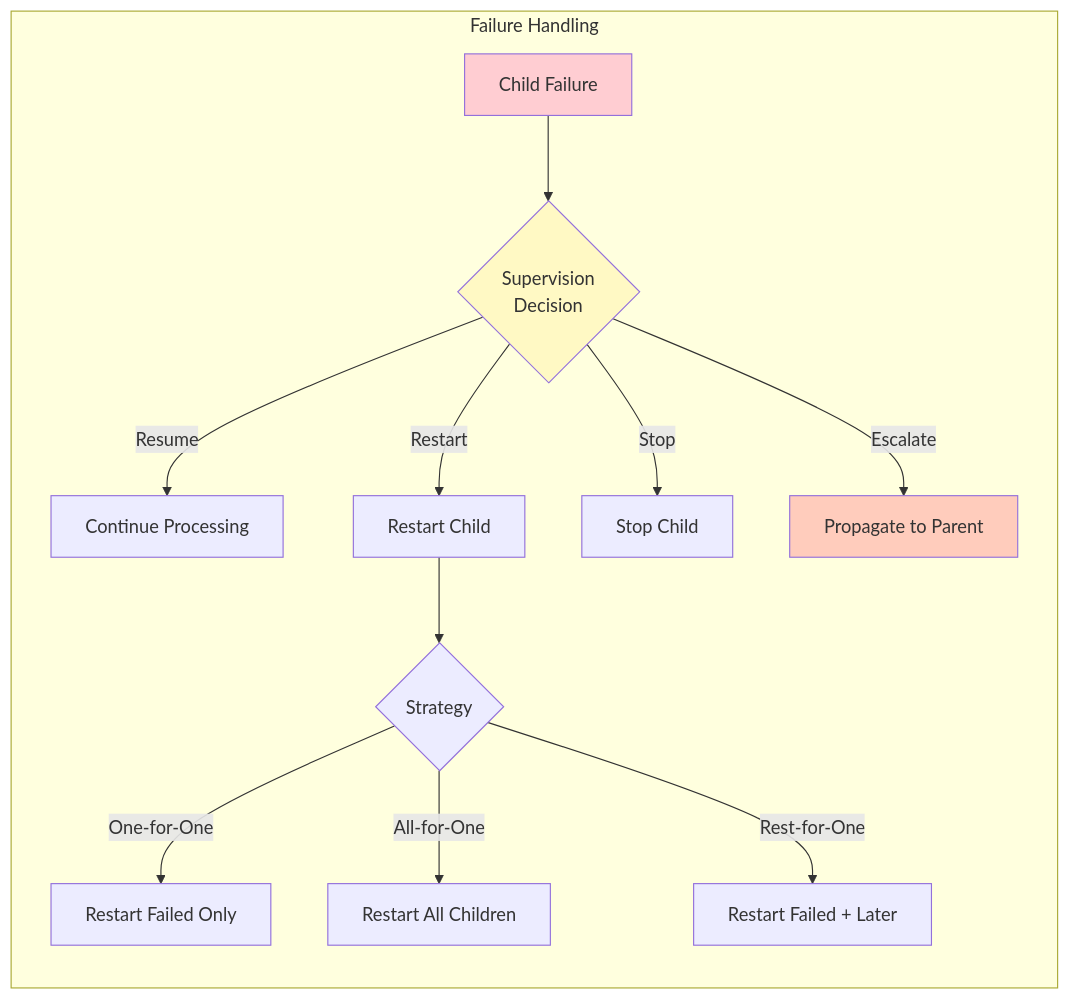
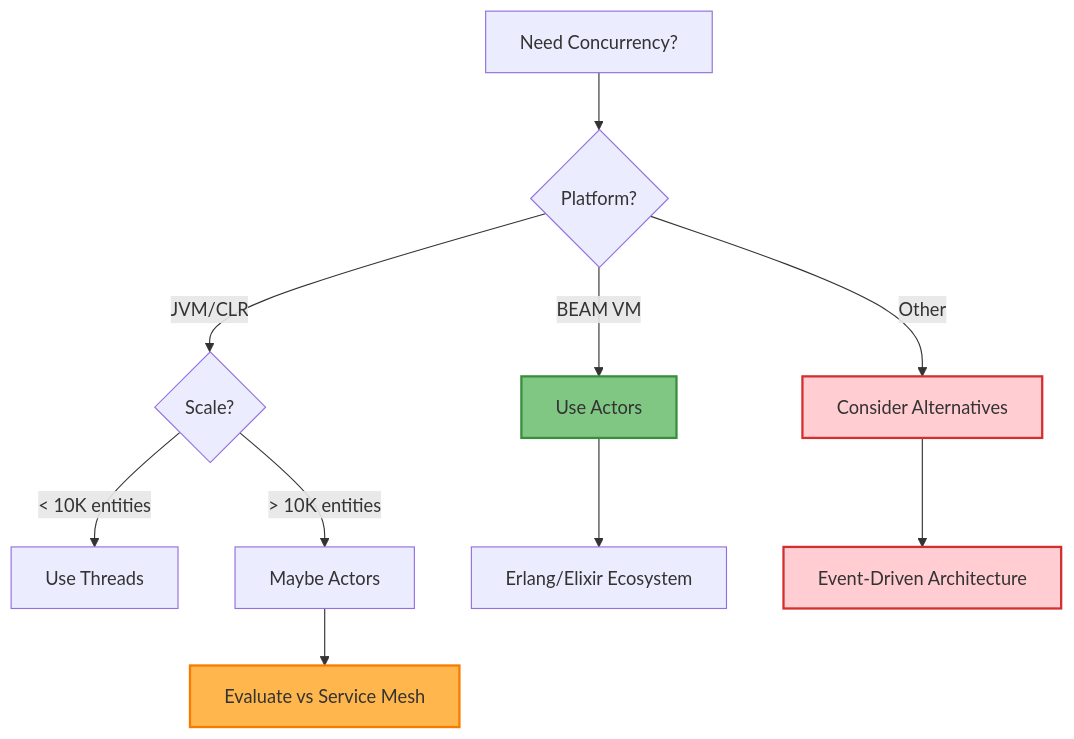
The sixth of 6 diagrams in docs/pattern-library/coordination/actor-model.md (deepaucksharma/DStudio), drawn with Mermaid before and after one commit. The commit also changed other lines of this file and 11 other files, not shown here.

````diff
--- a/docs/pattern-library/coordination/actor-model.md
+++ b/docs/pattern-library/coordination/actor-model.md
@@ -145,19 +350,22 @@
 ```mermaid
-graph LR
-    subgraph "Failure Handling"
-        F[Child Failure] --> D{Supervision<br/>Decision}
-        D -->|Resume| R[Continue Processing]
-        D -->|Restart| RS[Restart Child]
-        D -->|Stop| S[Stop Child]
-        D -->|Escalate| E[Propagate to Parent]
-        
-        RS --> ST{Strategy}
-        ST -->|One-for-One| O1[Restart Failed Only]
-        ST -->|All-for-One| A1[Restart All Children]
-        ST -->|Rest-for-One| R1[Restart Failed + Later]
-    end
+graph TD
+    A[Need Concurrency?] --> B{Platform?}
+    B -->|BEAM VM| C[Use Actors]
+    B -->|JVM/CLR| D{Scale?}
+    B -->|Other| E[Consider Alternatives]
     
-    style F fill:#ffcdd2
-    style D fill:#fff9c4
-    style E fill:#ffccbc
+    D -->|< 10K entities| F[Use Threads]
+    D -->|> 10K entities| G[Maybe Actors]
+    
+    C --> H[Erlang/Elixir Ecosystem]
+    G --> I[Evaluate vs Service Mesh]
+    E --> J[Event-Driven Architecture]
+    
+    classDef recommended fill:#81c784,stroke:#388e3c,stroke-width:2px
+    classDef caution fill:#ffb74d,stroke:#f57c00,stroke-width:2px
+    classDef avoid fill:#ffcdd2,stroke:#d32f2f,stroke-width:2px
+    
+    class C recommended
+    class I caution
+    class J,E avoid
 ```
````
